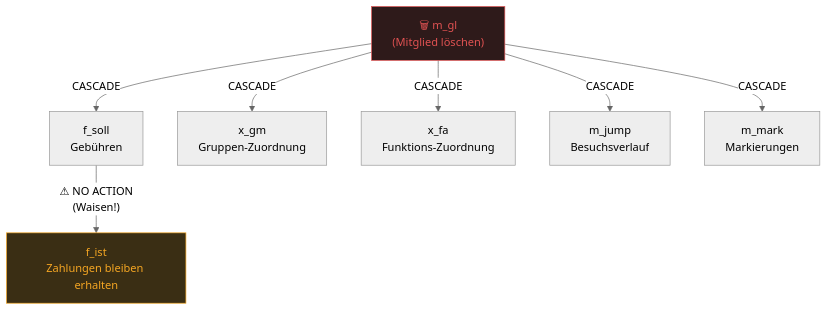
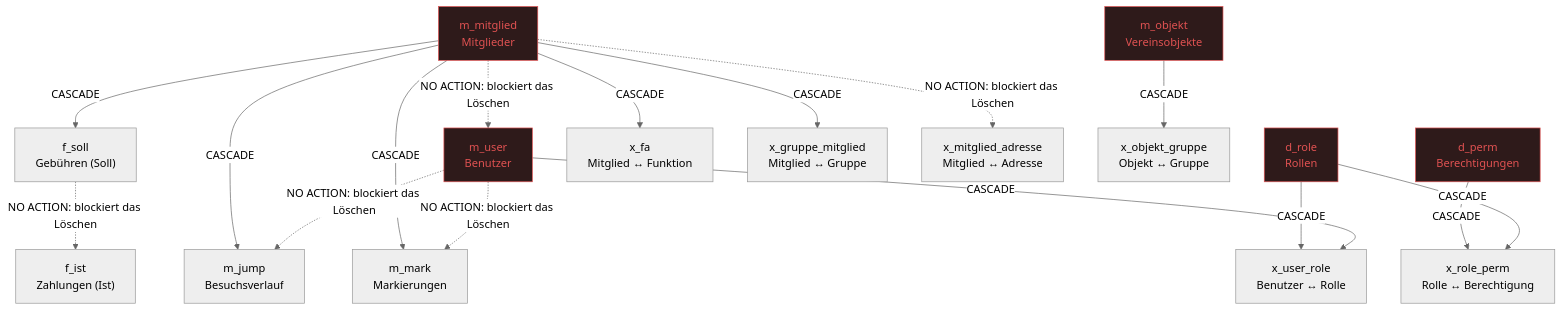
The sixth of 6 diagrams in schema-diagramme.md (ovaya2/y), drawn with Mermaid (neutral theme) before and after one commit. The commit also changed other lines of this file and 1 other file, not shown here.

First line of the commit message:
docs: schema.md und schema-diagramme.md v2.0.0 (Neuaufbau aus yam2.Database, Stand d1dfd1b)

````diff
--- a/schema-diagramme.md
+++ b/schema-diagramme.md
@@ -294,15 +384,38 @@
 ```mermaid
 graph TD
-    m_gl["🗑 m_gl\n(Mitglied löschen)"]
-
-    m_gl -->|CASCADE| f_soll["f_soll\nGebühren"]
-    m_gl -->|CASCADE| x_gm["x_gm\nGruppen-Zuordnung"]
-    m_gl -->|CASCADE| x_fa["x_fa\nFunktions-Zuordnung"]
-    m_gl -->|CASCADE| m_jump["m_jump\nBesuchsverlauf"]
-    m_gl -->|CASCADE| m_mark["m_mark\nMarkierungen"]
-
-    f_soll -->|"⚠ NO ACTION\n(Waisen!)"| f_ist["f_ist\nZahlungen bleiben erhalten"]
-
-    style m_gl fill:#2e1a1a,stroke:#e05252,color:#e05252
-    style f_ist fill:#3a2e14,stroke:#f5a623,color:#f5a623
+    d_perm["d_perm<br/>Berechtigungen"]
+    d_role["d_role<br/>Rollen"]
+    f_ist["f_ist<br/>Zahlungen (Ist)"]
+    f_soll["f_soll<br/>Gebühren (Soll)"]
+    m_jump["m_jump<br/>Besuchsverlauf"]
+    m_mark["m_mark<br/>Markierungen"]
+    m_mitglied["m_mitglied<br/>Mitglieder"]
+    m_objekt["m_objekt<br/>Vereinsobjekte"]
+    m_user["m_user<br/>Benutzer"]
+    x_fa["x_fa<br/>Mitglied ↔ Funktion"]
+    x_gruppe_mitglied["x_gruppe_mitglied<br/>Mitglied ↔ Gruppe"]
+    x_mitglied_adresse["x_mitglied_adresse<br/>Mitglied ↔ Adresse"]
+    x_objekt_gruppe["x_objekt_gruppe<br/>Objekt ↔ Gruppe"]
+    x_role_perm["x_role_perm<br/>Rolle ↔ Berechtigung"]
+    x_user_role["x_user_role<br/>Benutzer ↔ Rolle"]
+    d_perm -->|CASCADE| x_role_perm
+    d_role -->|CASCADE| x_role_perm
+    d_role -->|CASCADE| x_user_role
+    m_mitglied -->|CASCADE| f_soll
+    m_mitglied -->|CASCADE| m_jump
+    m_mitglied -->|CASCADE| m_mark
+    m_mitglied -->|CASCADE| x_fa
+    m_mitglied -->|CASCADE| x_gruppe_mitglied
+    m_objekt -->|CASCADE| x_objekt_gruppe
+    m_user -->|CASCADE| x_user_role
+    f_soll -.->|"NO ACTION: blockiert das Löschen"| f_ist
+    m_mitglied -.->|"NO ACTION: blockiert das Löschen"| m_user
+    m_mitglied -.->|"NO ACTION: blockiert das Löschen"| x_mitglied_adresse
+    m_user -.->|"NO ACTION: blockiert das Löschen"| m_jump
+    m_user -.->|"NO ACTION: blockiert das Löschen"| m_mark
+    style d_perm fill:#2e1a1a,stroke:#e05252,color:#e05252
+    style d_role fill:#2e1a1a,stroke:#e05252,color:#e05252
+    style m_mitglied fill:#2e1a1a,stroke:#e05252,color:#e05252
+    style m_objekt fill:#2e1a1a,stroke:#e05252,color:#e05252
+    style m_user fill:#2e1a1a,stroke:#e05252,color:#e05252
 ```
````
